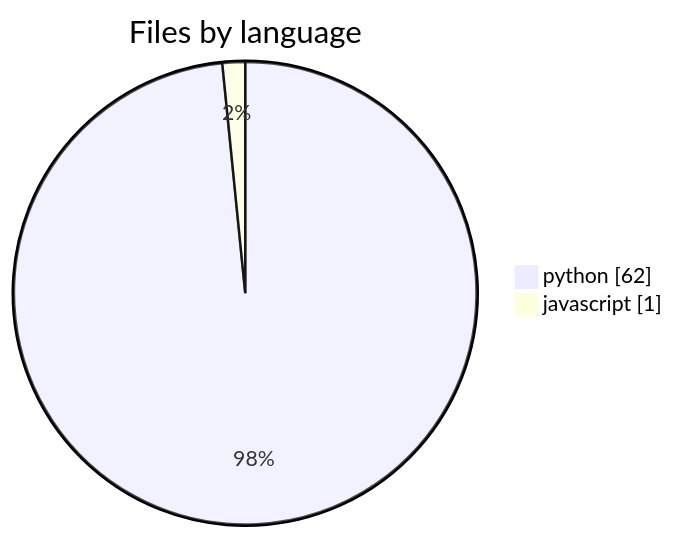
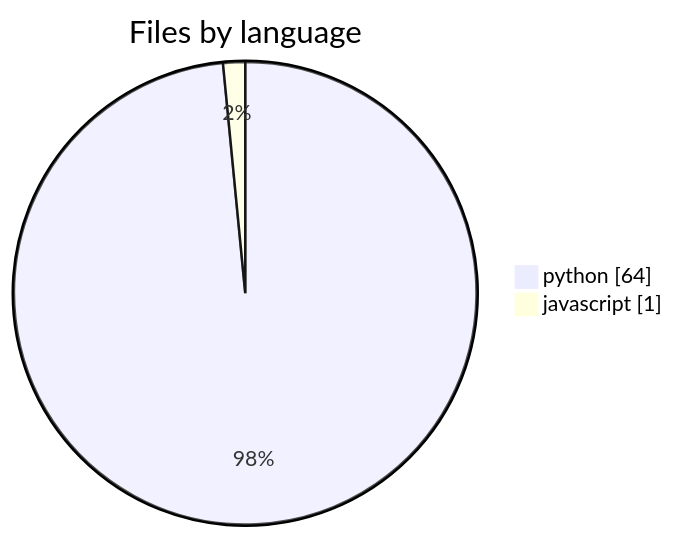
The first of 5 diagrams in .mentis/context/languages.md (wolframs/jspace-probes), drawn with Mermaid before and after one commit. The commit also changed other lines of this file and 70 other files, not shown here.

````diff
--- a/.mentis/context/languages.md
+++ b/.mentis/context/languages.md
@@ -15,5 +15,5 @@
 ```mermaid
 pie showData title Files by language
-    "python" : 62
+    "python" : 64
     "javascript" : 1
 ```
````
